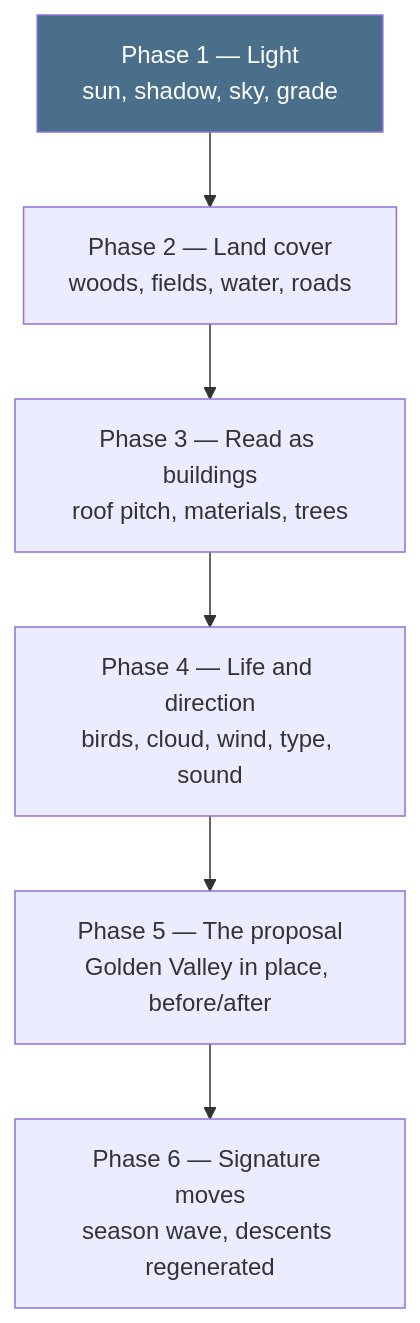
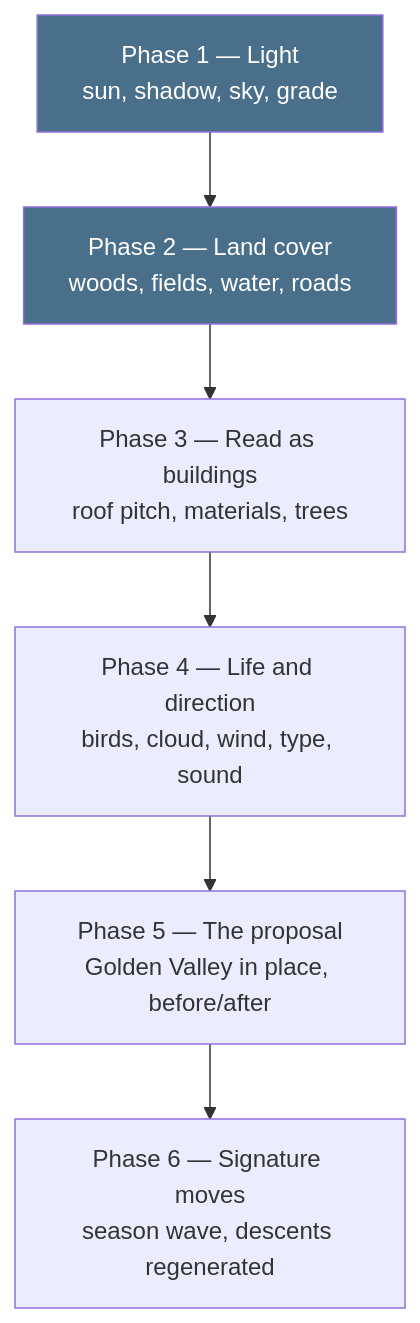
Before and after one commit to creativedexy/spatial-art-lab: the diagram in plans/living-map-lookdev-plan.md, drawn with Mermaid. The commit also changed other lines of this file and 14 other files, not shown here.

````diff
--- a/plans/living-map-lookdev-plan.md
+++ b/plans/living-map-lookdev-plan.md
@@ -43,9 +44,10 @@
 ```mermaid
 flowchart TD
   P1["Phase 1 — Light<br/>sun, shadow, sky, grade"] --> P2["Phase 2 — Land cover<br/>woods, fields, water, roads"]
   P2 --> P3["Phase 3 — Read as buildings<br/>roof pitch, materials, trees"]
   P3 --> P4["Phase 4 — Life and direction<br/>birds, cloud, wind, type, sound"]
   P4 --> P5["Phase 5 — The proposal<br/>Golden Valley in place, before/after"]
   P5 --> P6["Phase 6 — Signature moves<br/>season wave, descents regenerated"]
   style P1 fill:#4a6f8a,color:#fff
+  style P2 fill:#4a6f8a,color:#fff
 ```
````
